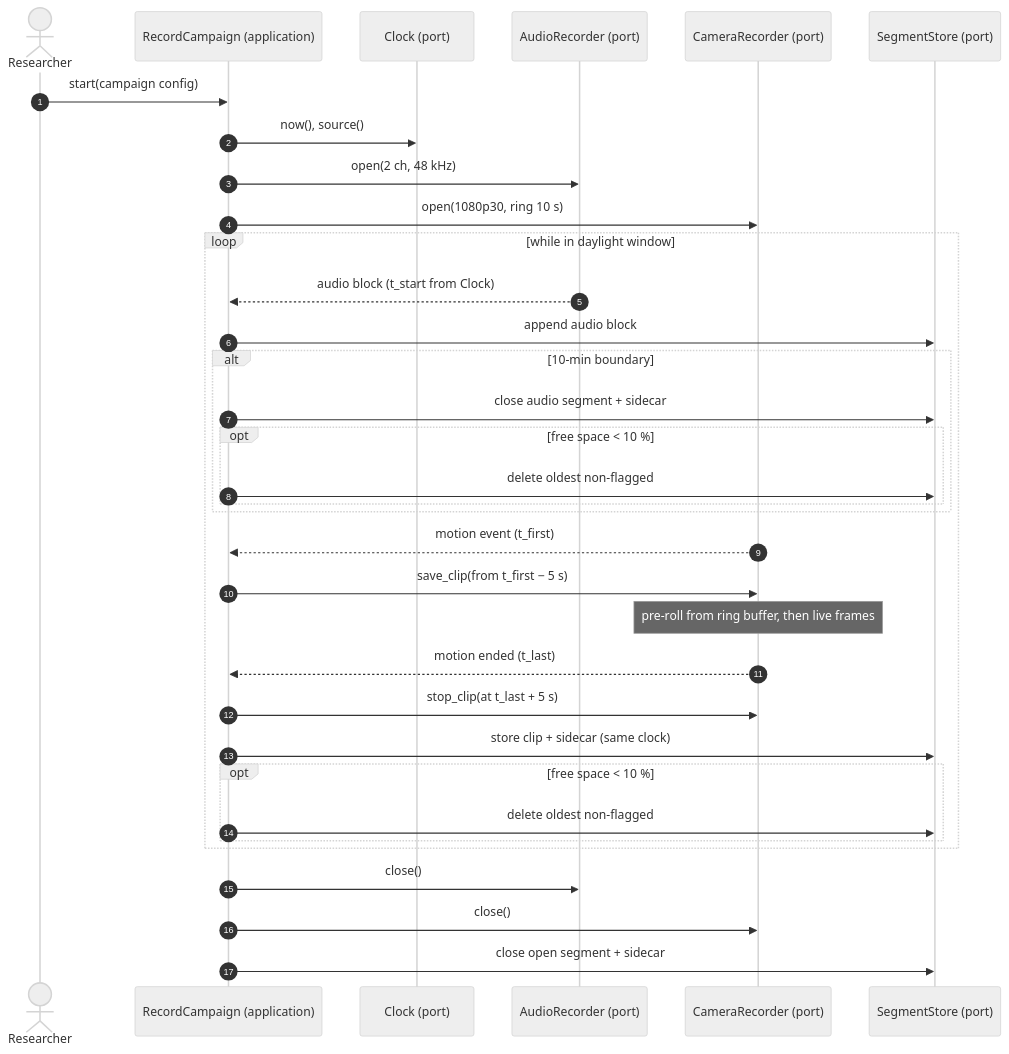
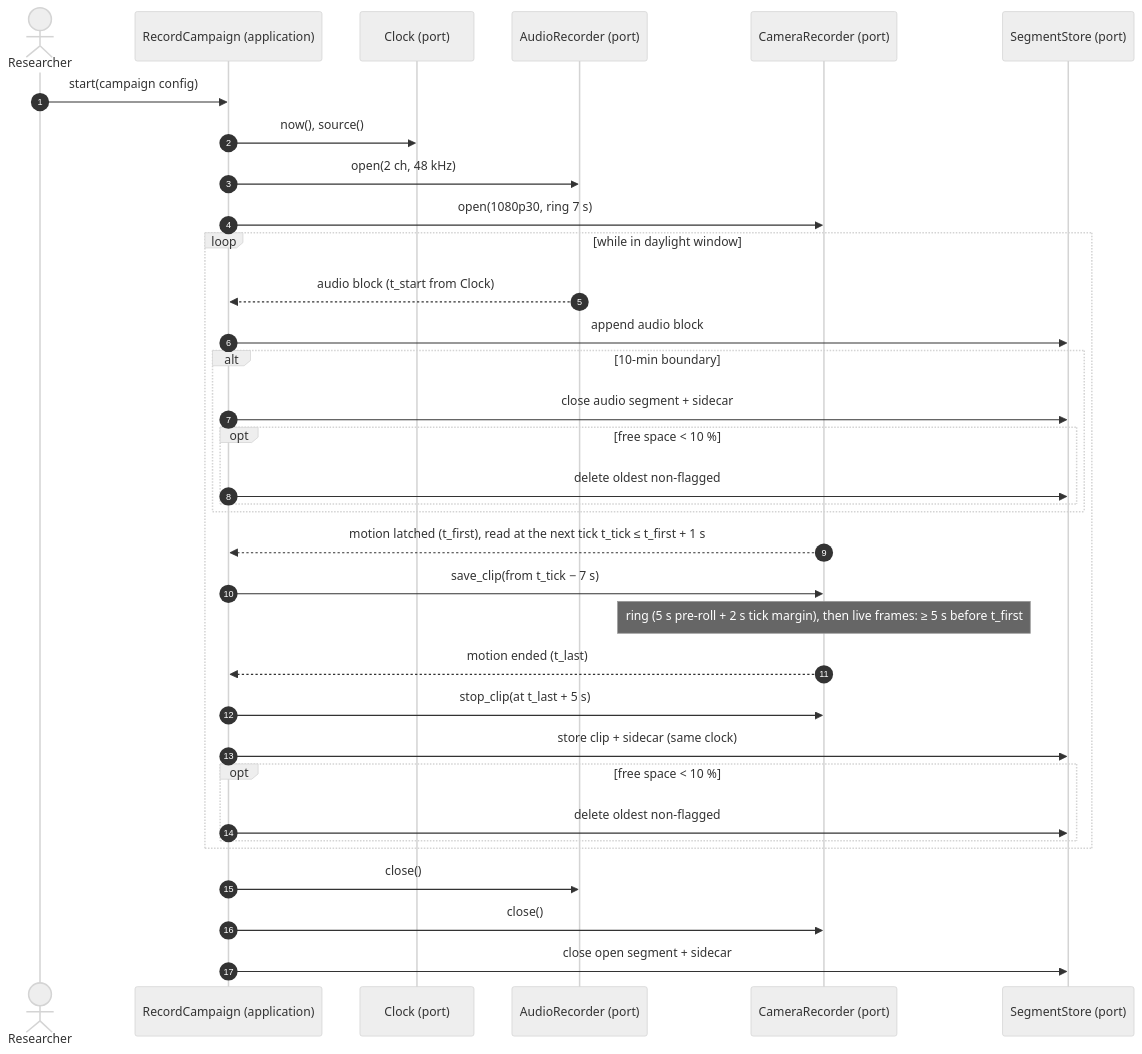
One commit to benoit-bremaud/aristech changed the diagram in docs/architecture/diagrams/capture-rig/02-sequence-recording.md. Above: the diagram before and after it, drawn with Mermaid (neutral theme). The commit also changed 8 other files, not shown here.

First line of the commit message:
fix(capture): guarantee 5 s of pre-roll before the first motion frame

````diff
--- a/docs/architecture/diagrams/capture-rig/02-sequence-recording.md
+++ b/docs/architecture/diagrams/capture-rig/02-sequence-recording.md
@@ -14,37 +14,37 @@
 ```mermaid
 sequenceDiagram
     autonumber
     actor R as Researcher
     participant UC as RecordCampaign (application)
     participant CK as Clock (port)
     participant AU as AudioRecorder (port)
     participant CA as CameraRecorder (port)
     participant ST as SegmentStore (port)
 
     R->>UC: start(campaign config)
     UC->>CK: now(), source()
     UC->>AU: open(2 ch, 48 kHz)
-    UC->>CA: open(1080p30, ring 10 s)
+    UC->>CA: open(1080p30, ring 7 s)
     loop while in daylight window
         AU-->>UC: audio block (t_start from Clock)
         UC->>ST: append audio block
         alt 10-min boundary
             UC->>ST: close audio segment + sidecar
             opt free space < 10 %
                 UC->>ST: delete oldest non-flagged
             end
         end
-        CA-->>UC: motion event (t_first)
-        UC->>CA: save_clip(from t_first − 5 s)
-        Note over CA: pre-roll from ring buffer, then live frames
+        CA-->>UC: motion latched (t_first), read at the next tick t_tick ≤ t_first + 1 s
+        UC->>CA: save_clip(from t_tick − 7 s)
+        Note over CA: ring (5 s pre-roll + 2 s tick margin), then live frames: ≥ 5 s before t_first
         CA-->>UC: motion ended (t_last)
         UC->>CA: stop_clip(at t_last + 5 s)
         UC->>ST: store clip + sidecar (same clock)
         opt free space < 10 %
             UC->>ST: delete oldest non-flagged
         end
     end
     UC->>AU: close()
     UC->>CA: close()
     UC->>ST: close open segment + sidecar
 ```
````
